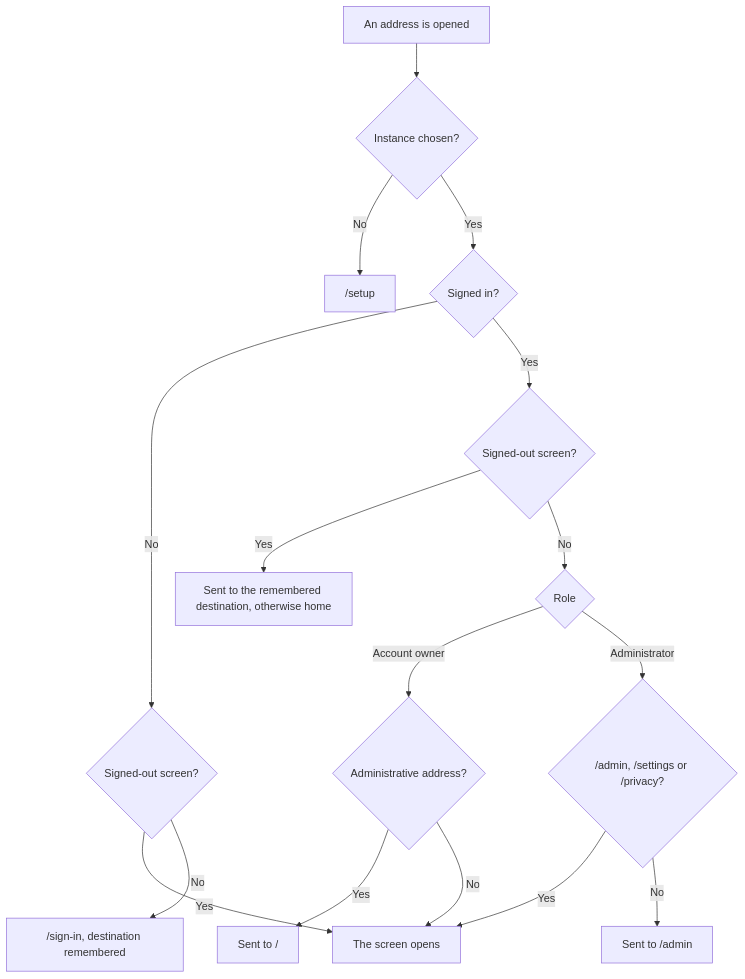
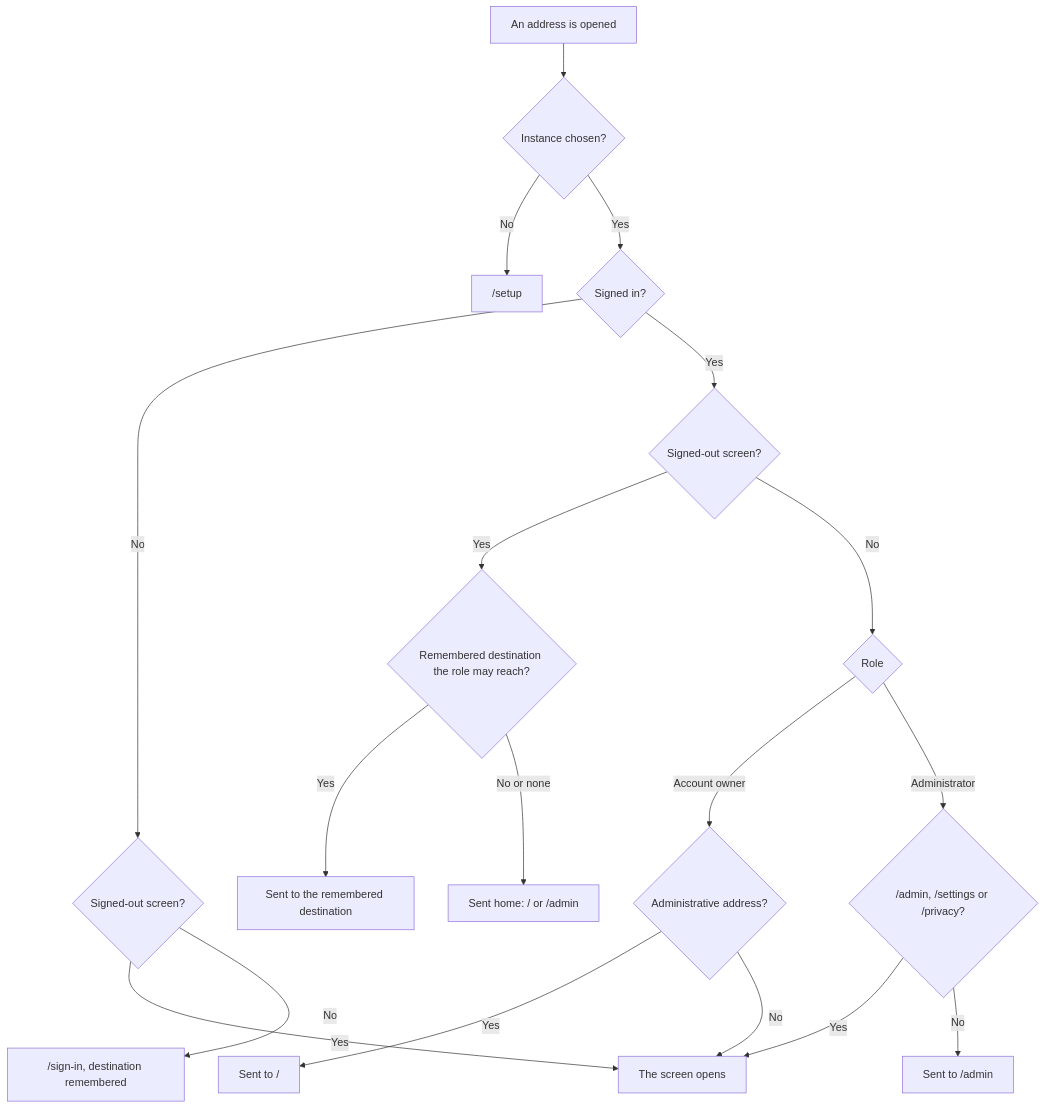
Before and after one commit to artur-rios/fortuna-docs: the diagram in content/en/docs/user-guide/_index.md, drawn with Mermaid. The commit also changed other lines of this file and 2 other files, not shown here.

````diff
--- a/content/en/docs/user-guide/_index.md
+++ b/content/en/docs/user-guide/_index.md
@@ -81,18 +84,20 @@
 ```mermaid
 flowchart TD
     A["An address is opened"] --> B{"Instance chosen?"}
     B -- "No" --> S["/setup"]
     B -- "Yes" --> C{"Signed in?"}
     C -- "No" --> D{"Signed-out screen?"}
     D -- "Yes" --> OK["The screen opens"]
     D -- "No" --> L["/sign-in, destination remembered"]
     C -- "Yes" --> Q{"Signed-out screen?"}
-    Q -- "Yes" --> W["Sent to the remembered destination, otherwise home"]
+    Q -- "Yes" --> M{"Remembered destination the role may reach?"}
+    M -- "Yes" --> W["Sent to the remembered destination"]
+    M -- "No or none" --> HM["Sent home: / or /admin"]
     Q -- "No" --> R{"Role"}
     R -- "Account owner" --> O{"Administrative address?"}
     O -- "Yes" --> H1["Sent to /"]
     O -- "No" --> OK
     R -- "Administrator" --> P{"/admin, /settings or /privacy?"}
     P -- "Yes" --> OK
     P -- "No" --> H2["Sent to /admin"]
 ```
````
